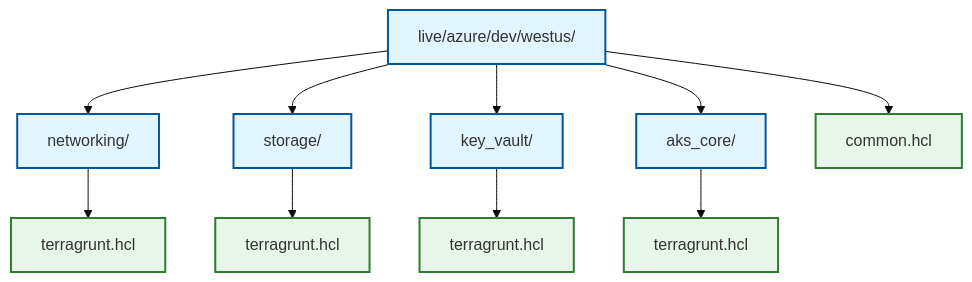
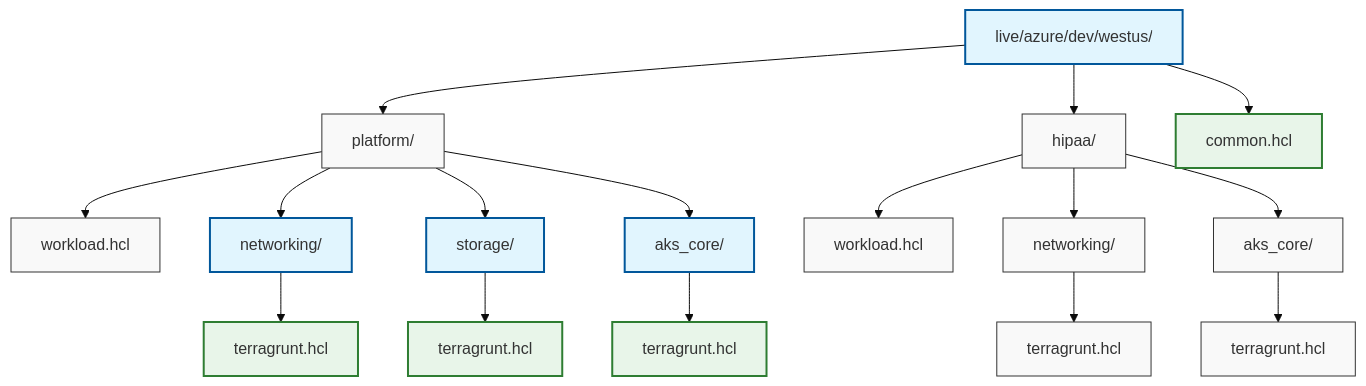
Before and after one commit to asanexample/platform: the fourth of 5 diagrams in infra/docs/03-infrastructure-as-code.md, drawn with Mermaid (base theme). The commit also changed other lines of this file and 9 other files, not shown here.

First line of the commit message:
docs: update architecture and operational docs for enterprise redesign

````diff
--- a/infra/docs/03-infrastructure-as-code.md
+++ b/infra/docs/03-infrastructure-as-code.md
@@ -211,20 +211,28 @@
 ```mermaid
 graph TD
-    live_dir[live/azure/dev/westus/] --> networking_dir[networking/]
-    live_dir --> storage_dir[storage/]
-    live_dir --> key_vault_dir[key_vault/]
-    live_dir --> aks_core_dir[aks_core/]
+    live_dir[live/azure/dev/westus/] --> workload_dir_platform[platform/]
+    live_dir --> workload_dir_hipaa[hipaa/]
     live_dir --> common_file[common.hcl]
+    
+    workload_dir_platform --> workload_hcl_platform[workload.hcl]
+    workload_dir_platform --> networking_dir[networking/]
+    workload_dir_platform --> storage_dir[storage/]
+    workload_dir_platform --> aks_core_dir[aks_core/]
+    
+    workload_dir_hipaa --> workload_hcl_hipaa[workload.hcl]
+    workload_dir_hipaa --> hipaa_networking[networking/]
+    workload_dir_hipaa --> hipaa_aks[aks_core/]
     
     networking_dir --> networking_config[terragrunt.hcl]
     storage_dir --> storage_config[terragrunt.hcl]
-    key_vault_dir --> key_vault_config[terragrunt.hcl]
     aks_core_dir --> aks_core_config[terragrunt.hcl]
+    hipaa_networking --> hipaa_net_config[terragrunt.hcl]
+    hipaa_aks --> hipaa_aks_config[terragrunt.hcl]
     
     classDef default fill:#f9f9f9,stroke:#333,stroke-width:1px;
     classDef folder fill:#e1f5fe,stroke:#01579b,stroke-width:2px;
     classDef file fill:#e8f5e9,stroke:#2e7d32,stroke-width:2px;
     
     class live_dir,networking_dir,storage_dir,key_vault_dir,aks_core_dir folder;
     class networking_config,storage_config,key_vault_config,aks_core_config,common_file file;
 ```
````
